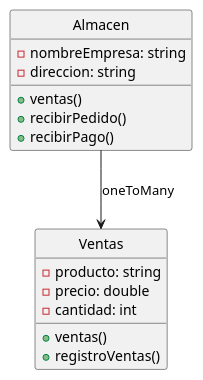
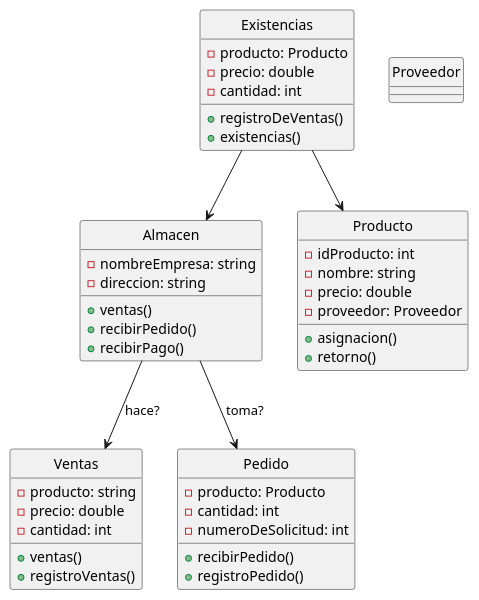
The diagram in Trabajo_en_grupo.plantuml (emiestevarena/Integrador2), drawn with PlantUML before and after one commit. The commit also changed 1 other file, not shown here.

Commit message:
existencias y productos

```diff
--- a/Trabajo_en_grupo.plantuml
+++ b/Trabajo_en_grupo.plantuml
@@ -1,22 +1,52 @@
 @startuml latercera
 skinparam  Style strictuml
 skinparam  SequenceMessageAlignment center
 
 class Ventas{
     - producto: string
     - precio: double
     - cantidad: int
     +ventas()
     +registroVentas()
 }
 
 class Almacen{
     - nombreEmpresa: string
     - direccion: string
     +ventas()
     +recibirPedido()
     +recibirPago()
 }
 
-Almacen-->Ventas: oneToMany
+class Pedido{
+    - producto: Producto
+    - cantidad: int
+    - numeroDeSolicitud: int
+    +recibirPedido()
+    +registroPedido()
+}
+
+class Existencias{
+    -producto: Producto
+    -precio: double
+    -cantidad: int
+    +registroDeVentas()
+    +existencias()
+}
+
+class Producto{
+    -idProducto: int
+    -nombre: string
+    -precio: double
+    -proveedor: Proveedor
+    +asignacion()
+    +retorno()
+}
+
+class Proveedor{}
+
+Almacen-->Ventas: hace?
+Almacen-->Pedido: toma?
+Existencias-->Almacen
+Existencias-->Producto
 @enduml
```
